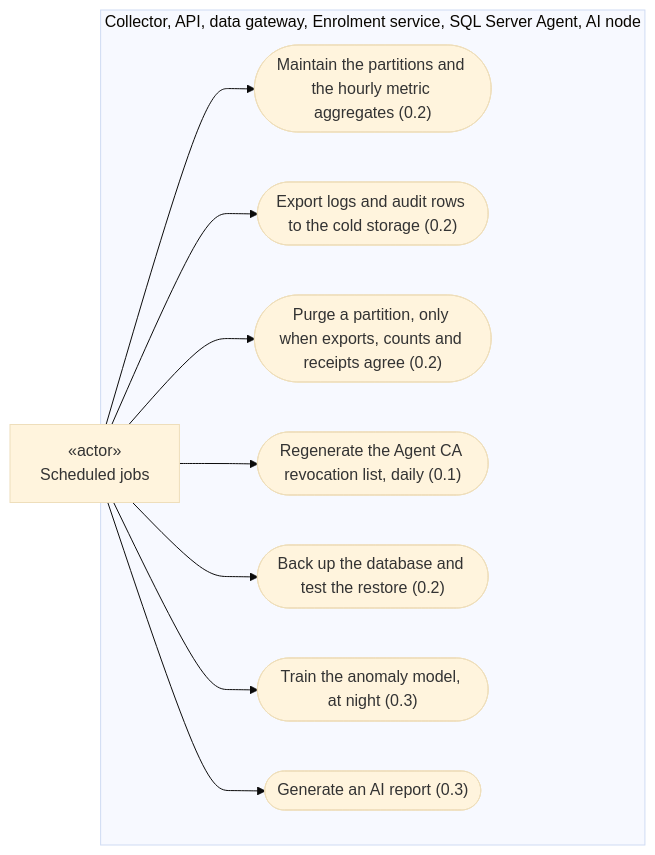
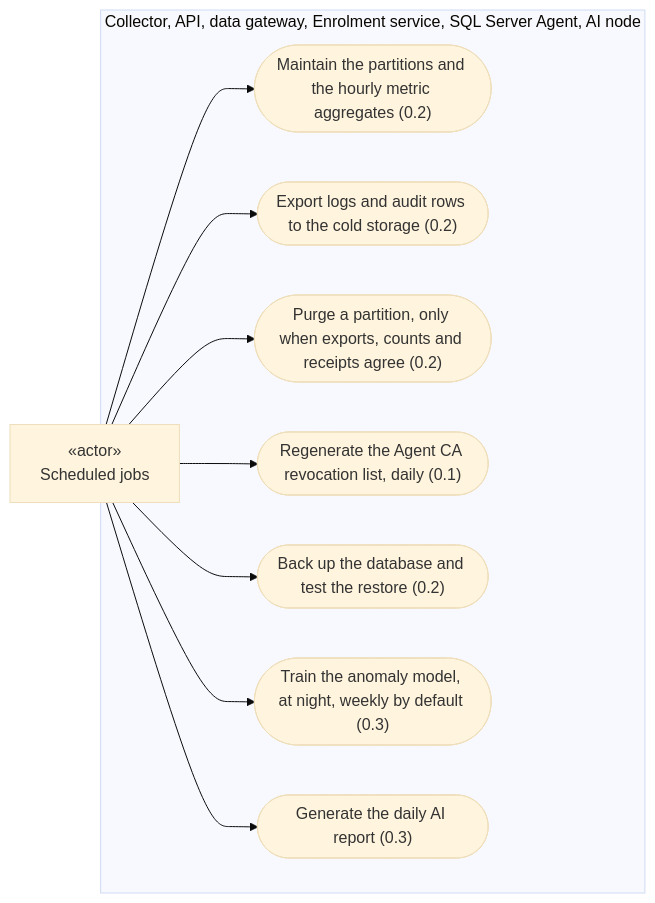
Before and after one commit to micdef/Dashboard: the sixth of 6 diagrams in doc/analyse/uml/v1/use-cases.md, drawn with Mermaid (base theme). The commit also changed other lines of this file and 3 other files, not shown here.

````diff
--- a/doc/analyse/uml/v1/use-cases.md
+++ b/doc/analyse/uml/v1/use-cases.md
@@ -217,22 +234,22 @@
 ```mermaid
 flowchart LR
     Jobs["«actor»<br/>Scheduled jobs"]
 
     subgraph System ["Collector, API, data gateway, Enrolment service, SQL Server Agent, AI node"]
         Maintenance(["Maintain the partitions and the hourly metric aggregates (0.2)"])
         Export(["Export logs and audit rows to the cold storage (0.2)"])
         Purge(["Purge a partition, only when exports, counts and receipts agree (0.2)"])
         AgentCrl(["Regenerate the Agent CA revocation list, daily (0.1)"])
         Backup(["Back up the database and test the restore (0.2)"])
-        Train(["Train the anomaly model, at night (0.3)"])
-        Report(["Generate an AI report (0.3)"])
+        Train(["Train the anomaly model, at night, weekly by default (0.3)"])
+        Report(["Generate the daily AI report (0.3)"])
     end
 
     Jobs --> Maintenance
     Jobs --> Export
     Jobs --> Purge
     Jobs --> AgentCrl
     Jobs --> Backup
     Jobs --> Train
     Jobs --> Report
 ```
````
